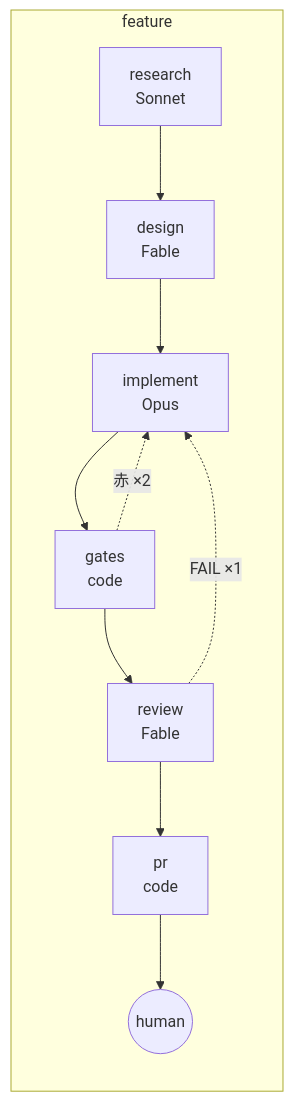
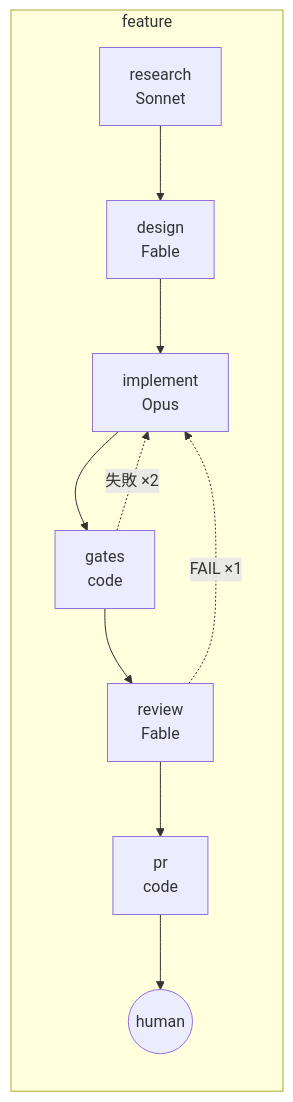
One commit to akkijp-oss/aifactory changed the first of 4 diagrams in website/content/ja/guides/workflows.md. Above: the diagram before and after it, drawn with Mermaid. The commit also changed other lines of this file and 40 other files, not shown here.

````diff
--- a/website/content/ja/guides/workflows.md
+++ b/website/content/ja/guides/workflows.md
@@ -18,8 +18,8 @@
 ```mermaid
 flowchart LR
   subgraph feature
     r1[research<br>Sonnet] --> d1[design<br>Fable] --> i1[implement<br>Opus] --> g1[gates<br>code] --> v1[review<br>Fable] --> p1[pr<br>code] --> h1((human))
-    g1 -. 赤 ×2 .-> i1
+    g1 -. 失敗 ×2 .-> i1
     v1 -. FAIL ×1 .-> i1
   end
 ```
````
